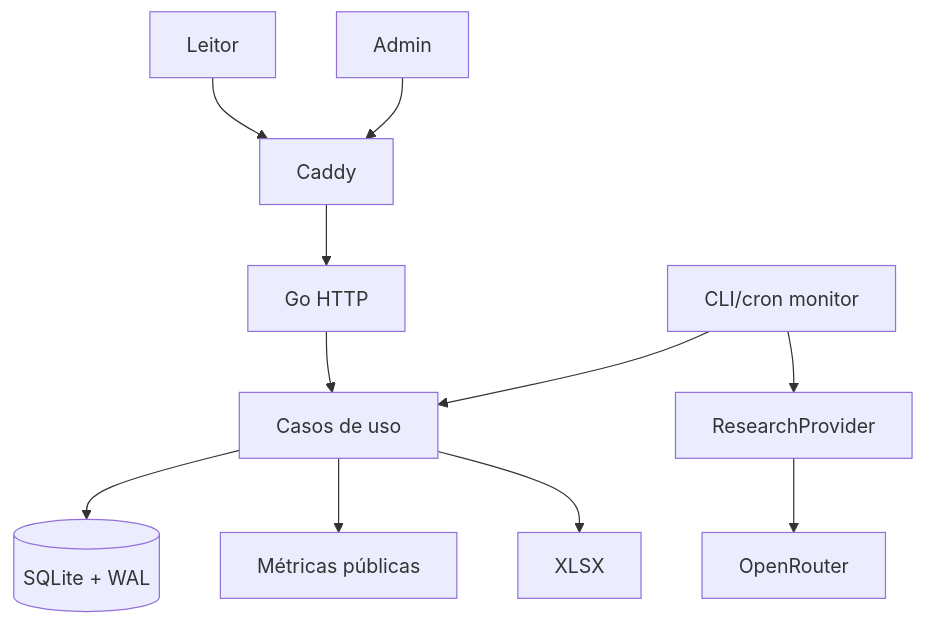
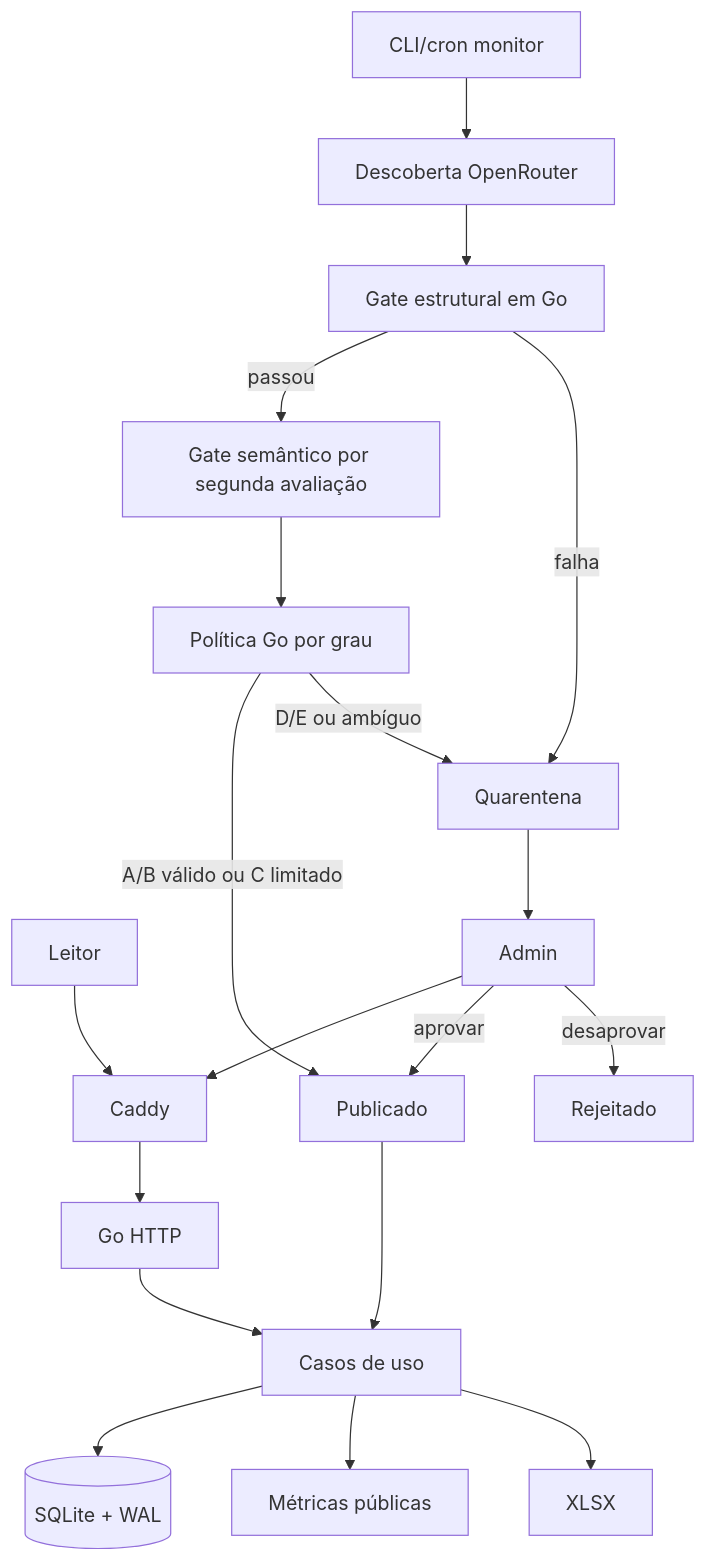
One commit to raphaieu/vorcarozap changed the diagram in docs/04-arquitetura.md. Above: the diagram before and after it, drawn with Mermaid. The commit also changed other lines of this file and 19 other files, not shown here.

````diff
--- a/docs/04-arquitetura.md
+++ b/docs/04-arquitetura.md
@@ -7,13 +7,21 @@
 ```mermaid
 flowchart TB
   L[Leitor] --> C[Caddy]
   A[Admin] --> C
   C --> H[Go HTTP]
   H --> APP[Casos de uso]
-  MON[CLI/cron monitor] --> RP[ResearchProvider]
-  RP --> OR[OpenRouter]
-  MON --> APP
+  MON[CLI/cron monitor] --> RP[Descoberta OpenRouter]
+  RP --> GE[Gate estrutural em Go]
+  GE -->|passou| GS[Gate semântico por segunda avaliação]
+  GE -->|falha| Q[Quarentena]
+  GS --> POL[Política Go por grau]
+  POL -->|A/B válido ou C limitado| PUB[Publicado]
+  POL -->|D/E ou ambíguo| Q
+  Q --> A
+  A -->|aprovar| PUB
+  A -->|desaprovar| REJ[Rejeitado]
+  PUB --> APP
   APP --> DB[(SQLite + WAL)]
   APP --> MET[Métricas públicas]
   APP --> EXP[XLSX]
 ```
````
